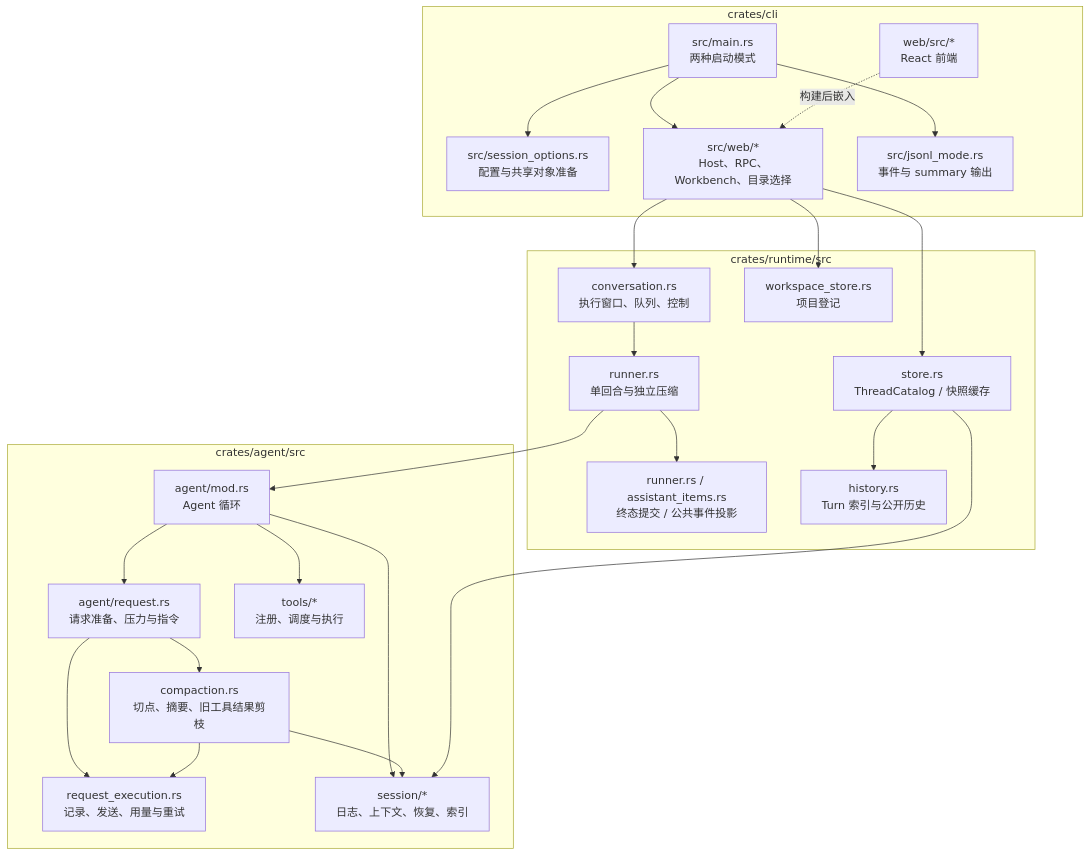
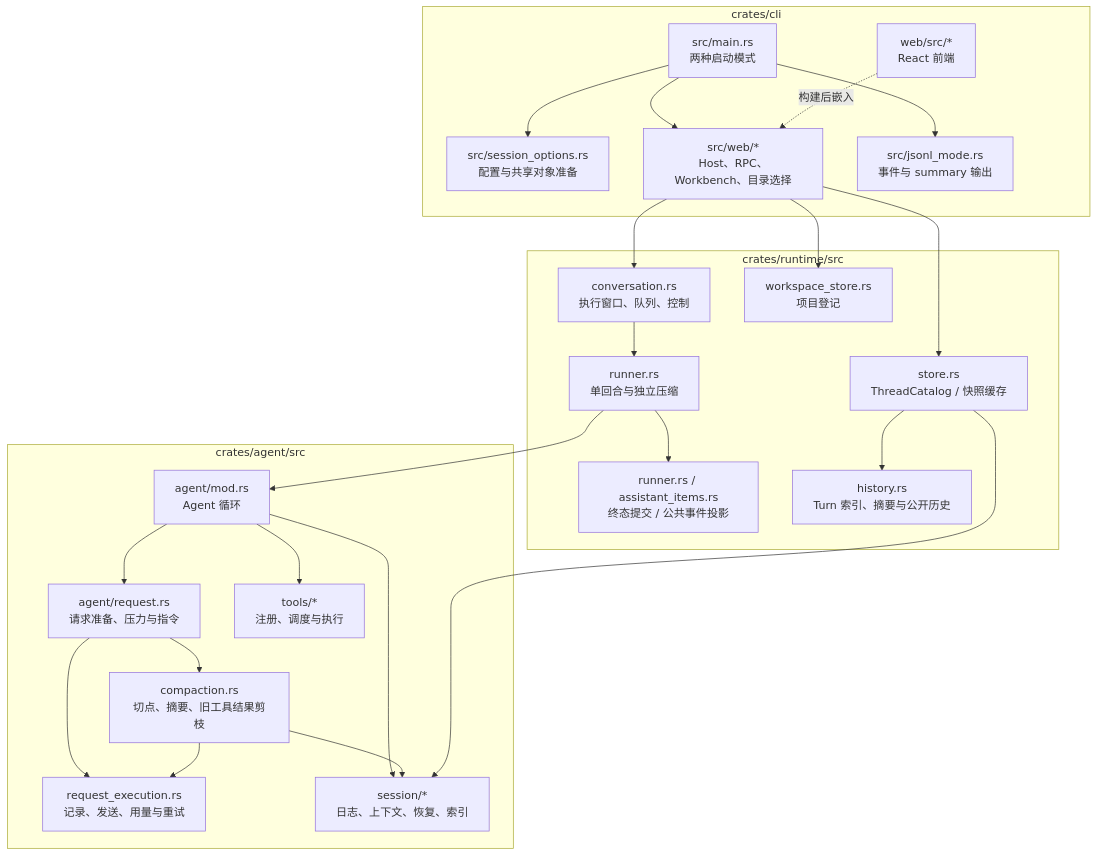
The third of 29 diagrams in docs/singularity.md (qjcnmd/singularity-agent), drawn with Mermaid before and after one commit. The commit also changed other lines of this file and 12 other files, not shown here.

````diff
--- a/docs/singularity.md
+++ b/docs/singularity.md
@@ -73,29 +73,29 @@
 ```mermaid
 flowchart TB
     subgraph CliSource["crates/cli"]
         Main["src/main.rs<br/>两种启动模式"] --> Setup["src/session_options.rs<br/>配置与共享对象准备"]
         Main --> Web["src/web/*<br/>Host、RPC、Workbench、目录选择"]
         Main --> JSONL["src/jsonl_mode.rs<br/>事件与 summary 输出"]
         Front["web/src/*<br/>React 前端"] -. "构建后嵌入" .-> Web
     end
     subgraph RuntimeSource["crates/runtime/src"]
         Conv["conversation.rs<br/>执行窗口、队列、控制"] --> Run["runner.rs<br/>单回合与独立压缩"]
         Run --> Terminal["runner.rs / assistant_items.rs<br/>终态提交 / 公共事件投影"]
-        Catalog["store.rs<br/>ThreadCatalog / 快照缓存"] --> History["history.rs<br/>Turn 索引与公开历史"]
+        Catalog["store.rs<br/>ThreadCatalog / 快照缓存"] --> History["history.rs<br/>Turn 索引、摘要与公开历史"]
         WS["workspace_store.rs<br/>项目登记"]
     end
     subgraph AgentSource["crates/agent/src"]
         Loop["agent/mod.rs<br/>Agent 循环"] --> Requests["agent/request.rs<br/>请求准备、压力与指令"]
         Loop --> Tool["tools/*<br/>注册、调度与执行"]
         Requests --> Compact["compaction.rs<br/>切点、摘要、旧工具结果剪枝"]
         Requests --> Execute["request_execution.rs<br/>记录、发送、用量与重试"]
         Compact --> Execute
         Loop --> Sessions["session/*<br/>日志、上下文、恢复、索引"]
         Compact --> Sessions
     end
     Web --> Conv
     Web --> Catalog
     Web --> WS
     Run --> Loop
     Catalog --> Sessions
 ```
````
